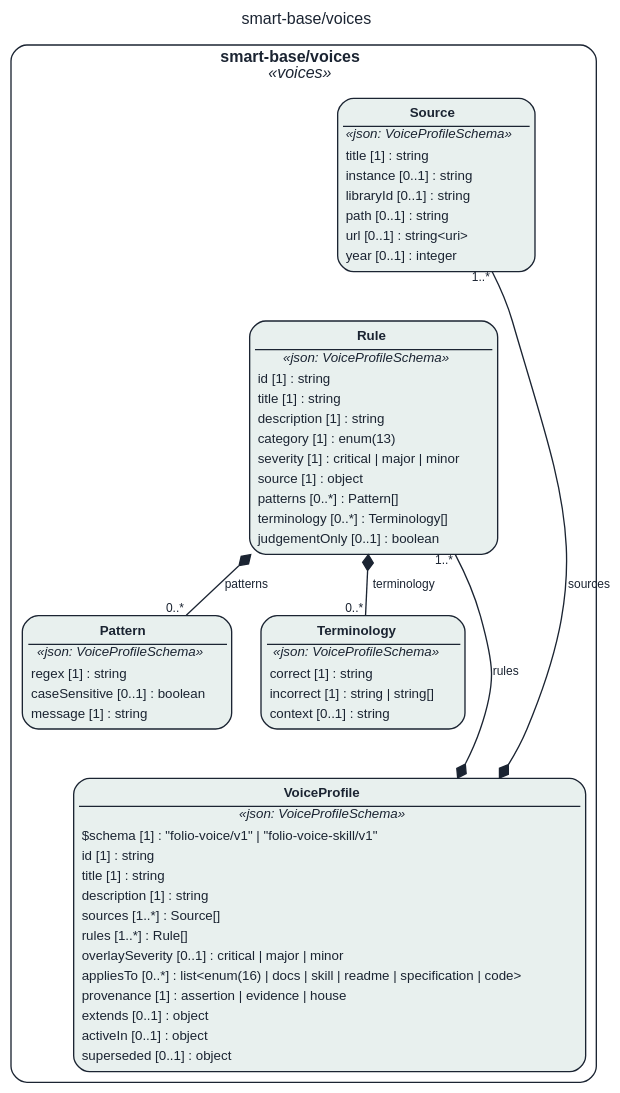
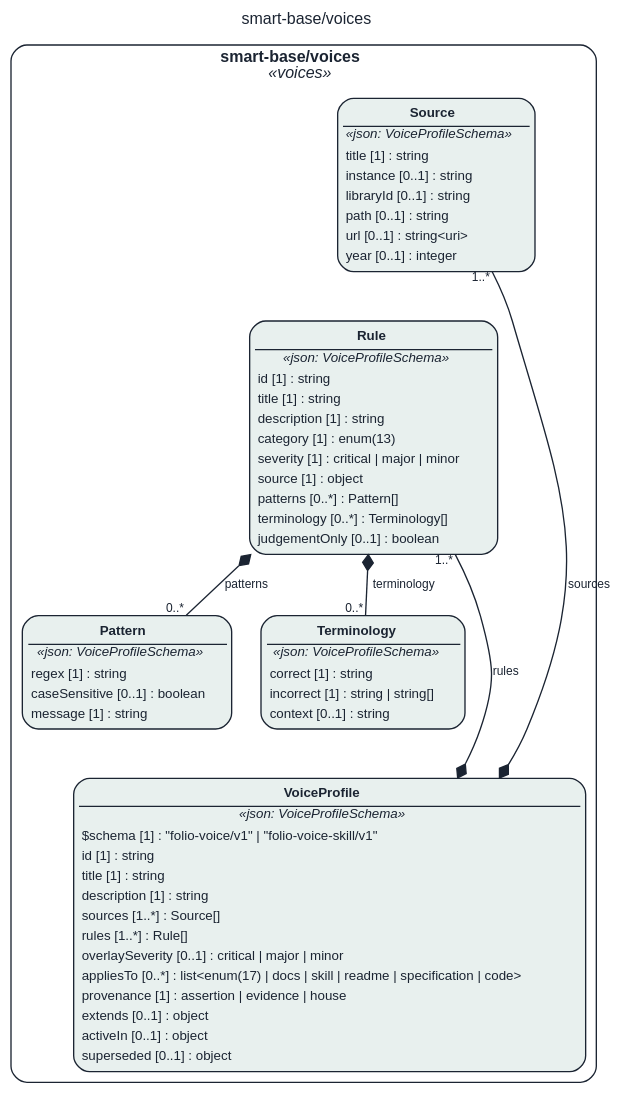
One commit to litlfred/cat-harness changed the diagram in docs/assets/img/uml/overview/smart-base/voices.dot. Above: the diagram before and after it, drawn with Graphviz. The commit also changed 1163 other files, not shown here.

```diff
--- a/docs/assets/img/uml/overview/smart-base/voices.dot
+++ b/docs/assets/img/uml/overview/smart-base/voices.dot
@@ -1,21 +1,21 @@
 // GENERATED by cat-harness-tools/scripts/gen-uml-overview.ts — do not edit.
 // Rendered page (interactive view, same model): https://litlfred.github.io/folio-assistant/uml/overview/smart-base/voices.html
 digraph "smart_base_voices" {
   graph [label="smart-base/voices", labelloc=t, fontname="Helvetica", fontsize=12, fontcolor="#1b2432", newrank=true, ratio=auto, nodesep=0.3, ranksep=0.5, bgcolor="transparent"];
   node [shape=box, style="rounded,filled", margin=0.05, fontname="Helvetica", fontsize=10, color="#1b2432", fontcolor="#1b2432"];
   edge [color="#1b2432", fontcolor="#1b2432", fontname="Helvetica", fontsize=9];
   subgraph "cluster_pkg_smart_base_voices" {
     label=<<b>smart-base/voices</b><br/><i>«voices»</i>>; style="rounded"; color="#1b2432"; class="fa_uml_subgraph";
     "smart_base_voices_Source" [fillcolor="#e8f0ee", class="fa_uml_kind_voices", label=<<table border="0" cellborder="0" cellspacing="0" cellpadding="2"><tr><td border="1" sides="b"><b>Source</b></td></tr><tr><td><i>«json: VoiceProfileSchema»</i></td></tr><tr><td align="left">title [1] : string</td></tr><tr><td align="left">instance [0..1] : string</td></tr><tr><td align="left">libraryId [0..1] : string</td></tr><tr><td align="left">path [0..1] : string</td></tr><tr><td align="left">url [0..1] : string&lt;uri&gt;</td></tr><tr><td align="left">year [0..1] : integer</td></tr></table>>];
     "smart_base_voices_Pattern" [fillcolor="#e8f0ee", class="fa_uml_kind_voices", label=<<table border="0" cellborder="0" cellspacing="0" cellpadding="2"><tr><td border="1" sides="b"><b>Pattern</b></td></tr><tr><td><i>«json: VoiceProfileSchema»</i></td></tr><tr><td align="left">regex [1] : string</td></tr><tr><td align="left">caseSensitive [0..1] : boolean</td></tr><tr><td align="left">message [1] : string</td></tr></table>>];
     "smart_base_voices_Terminology" [fillcolor="#e8f0ee", class="fa_uml_kind_voices", label=<<table border="0" cellborder="0" cellspacing="0" cellpadding="2"><tr><td border="1" sides="b"><b>Terminology</b></td></tr><tr><td><i>«json: VoiceProfileSchema»</i></td></tr><tr><td align="left">correct [1] : string</td></tr><tr><td align="left">incorrect [1] : string | string[]</td></tr><tr><td align="left">context [0..1] : string</td></tr></table>>];
     "smart_base_voices_Rule" [fillcolor="#e8f0ee", class="fa_uml_kind_voices", label=<<table border="0" cellborder="0" cellspacing="0" cellpadding="2"><tr><td border="1" sides="b"><b>Rule</b></td></tr><tr><td><i>«json: VoiceProfileSchema»</i></td></tr><tr><td align="left">id [1] : string</td></tr><tr><td align="left">title [1] : string</td></tr><tr><td align="left">description [1] : string</td></tr><tr><td align="left">category [1] : enum(13)</td></tr><tr><td align="left">severity [1] : critical | major | minor</td></tr><tr><td align="left">source [1] : object</td></tr><tr><td align="left">patterns [0..*] : Pattern[]</td></tr><tr><td align="left">terminology [0..*] : Terminology[]</td></tr><tr><td align="left">judgementOnly [0..1] : boolean</td></tr></table>>];
-    "smart_base_voices_VoiceProfile" [fillcolor="#e8f0ee", class="fa_uml_kind_voices", label=<<table border="0" cellborder="0" cellspacing="0" cellpadding="2"><tr><td border="1" sides="b"><b>VoiceProfile</b></td></tr><tr><td><i>«json: VoiceProfileSchema»</i></td></tr><tr><td align="left">$schema [1] : &quot;folio-voice/v1&quot; | &quot;folio-voice-skill/v1&quot;</td></tr><tr><td align="left">id [1] : string</td></tr><tr><td align="left">title [1] : string</td></tr><tr><td align="left">description [1] : string</td></tr><tr><td align="left">sources [1..*] : Source[]</td></tr><tr><td align="left">rules [1..*] : Rule[]</td></tr><tr><td align="left">overlaySeverity [0..1] : critical | major | minor</td></tr><tr><td align="left">appliesTo [0..*] : list&lt;enum(16) | docs | skill | readme | specification | code&gt;</td></tr><tr><td align="left">provenance [1] : assertion | evidence | house</td></tr><tr><td align="left">extends [0..1] : object</td></tr><tr><td align="left">activeIn [0..1] : object</td></tr><tr><td align="left">superseded [0..1] : object</td></tr></table>>];
+    "smart_base_voices_VoiceProfile" [fillcolor="#e8f0ee", class="fa_uml_kind_voices", label=<<table border="0" cellborder="0" cellspacing="0" cellpadding="2"><tr><td border="1" sides="b"><b>VoiceProfile</b></td></tr><tr><td><i>«json: VoiceProfileSchema»</i></td></tr><tr><td align="left">$schema [1] : &quot;folio-voice/v1&quot; | &quot;folio-voice-skill/v1&quot;</td></tr><tr><td align="left">id [1] : string</td></tr><tr><td align="left">title [1] : string</td></tr><tr><td align="left">description [1] : string</td></tr><tr><td align="left">sources [1..*] : Source[]</td></tr><tr><td align="left">rules [1..*] : Rule[]</td></tr><tr><td align="left">overlaySeverity [0..1] : critical | major | minor</td></tr><tr><td align="left">appliesTo [0..*] : list&lt;enum(17) | docs | skill | readme | specification | code&gt;</td></tr><tr><td align="left">provenance [1] : assertion | evidence | house</td></tr><tr><td align="left">extends [0..1] : object</td></tr><tr><td align="left">activeIn [0..1] : object</td></tr><tr><td align="left">superseded [0..1] : object</td></tr></table>>];
   }
   "smart_base_voices_VoiceProfile" -> "smart_base_voices_Source" [dir=both, arrowtail=diamond, arrowhead=none, label="sources", headlabel="1..*", class="fa_uml_composition"];
   "smart_base_voices_Rule" -> "smart_base_voices_Pattern" [dir=both, arrowtail=diamond, arrowhead=none, label="patterns", headlabel="0..*", class="fa_uml_composition"];
   "smart_base_voices_Rule" -> "smart_base_voices_Terminology" [dir=both, arrowtail=diamond, arrowhead=none, label="terminology", headlabel="0..*", class="fa_uml_composition"];
   "smart_base_voices_VoiceProfile" -> "smart_base_voices_Rule" [dir=both, arrowtail=diamond, arrowhead=none, label="rules", headlabel="1..*", class="fa_uml_composition"];
   "smart_base_voices_Source" -> "smart_base_voices_Rule" [style=invis, class="kg-graph-anchor"];
   "smart_base_voices_Pattern" -> "smart_base_voices_VoiceProfile" [style=invis, class="kg-graph-anchor"];
 }
```
